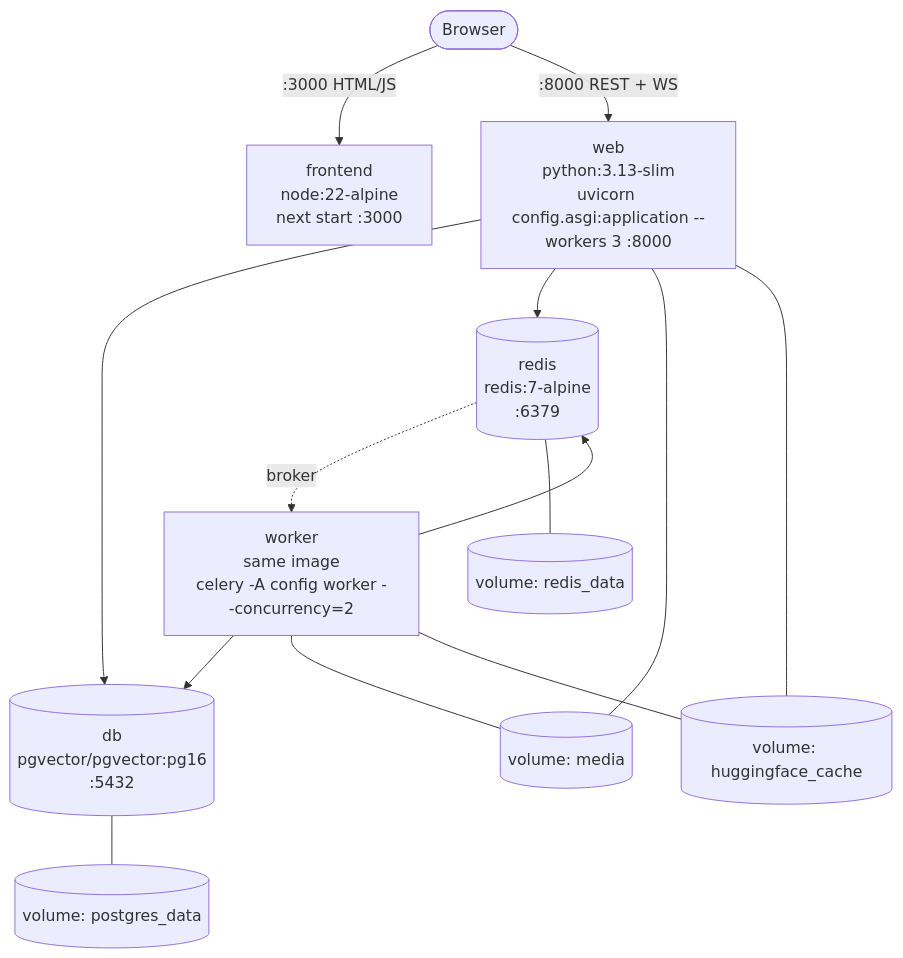
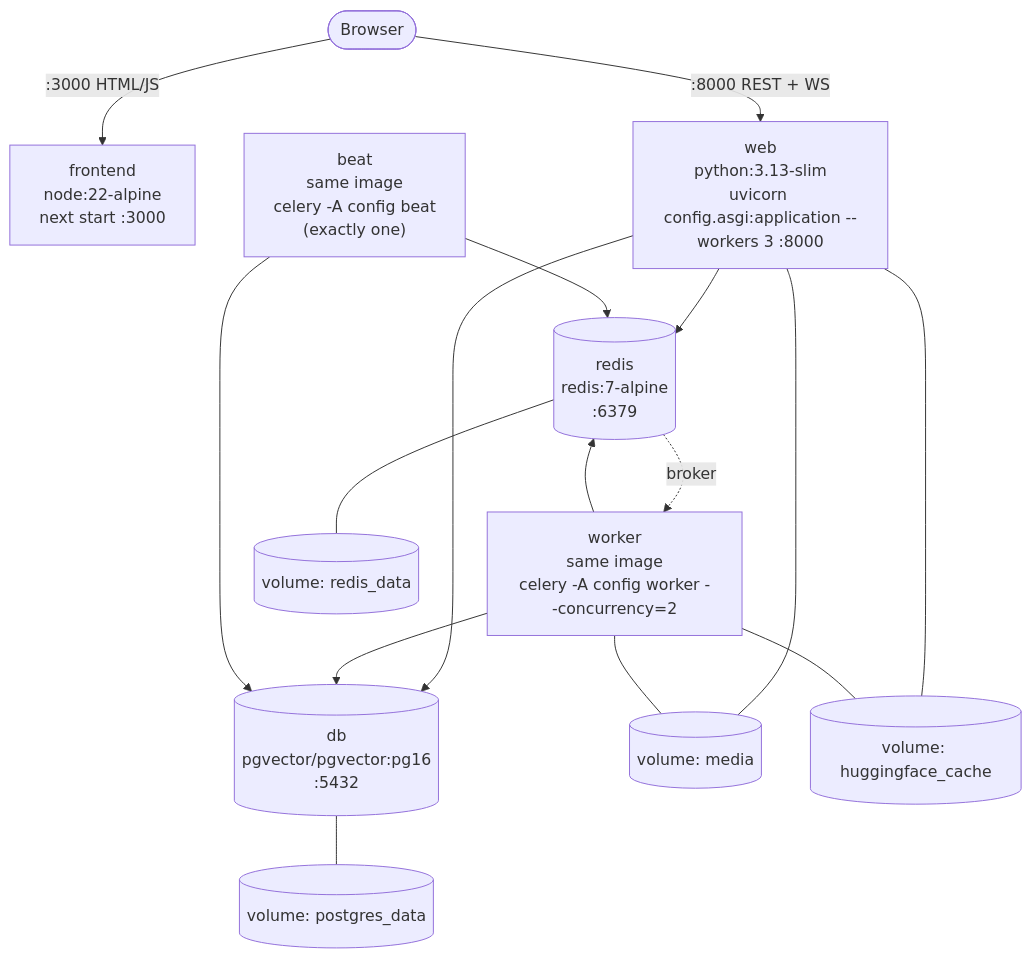
One commit to Dhruwvaviya999/nexora changed the diagram in docs/22-production-deployment.md. Above: the diagram before and after it, drawn with Mermaid. The commit also changed other lines of this file and 66 other files, not shown here.

````diff
--- a/docs/22-production-deployment.md
+++ b/docs/22-production-deployment.md
@@ -27,27 +27,30 @@
 ```mermaid
 flowchart TD
     B([Browser])
     FE["frontend<br/>node:22-alpine<br/>next start :3000"]
     WEB["web<br/>python:3.13-slim<br/>uvicorn config.asgi:application --workers 3 :8000"]
     WK["worker<br/>same image<br/>celery -A config worker --concurrency=2"]
+    BT["beat<br/>same image<br/>celery -A config beat<br/>(exactly one)"]
     DB[("db<br/>pgvector/pgvector:pg16<br/>:5432")]
     RD[("redis<br/>redis:7-alpine<br/>:6379")]
     V1[("volume: postgres_data")]
     V2[("volume: redis_data")]
     V3[("volume: media")]
     V4[("volume: huggingface_cache")]
 
     B -->|":3000 HTML/JS"| FE
     B -->|":8000 REST + WS"| WEB
     WEB --> DB
     WEB --> RD
     WK --> DB
     WK --> RD
+    BT --> DB
+    BT --> RD
     RD -.->|broker| WK
     DB --- V1
     RD --- V2
     WEB --- V3
     WK --- V3
     WEB --- V4
     WK --- V4
 ```
````
